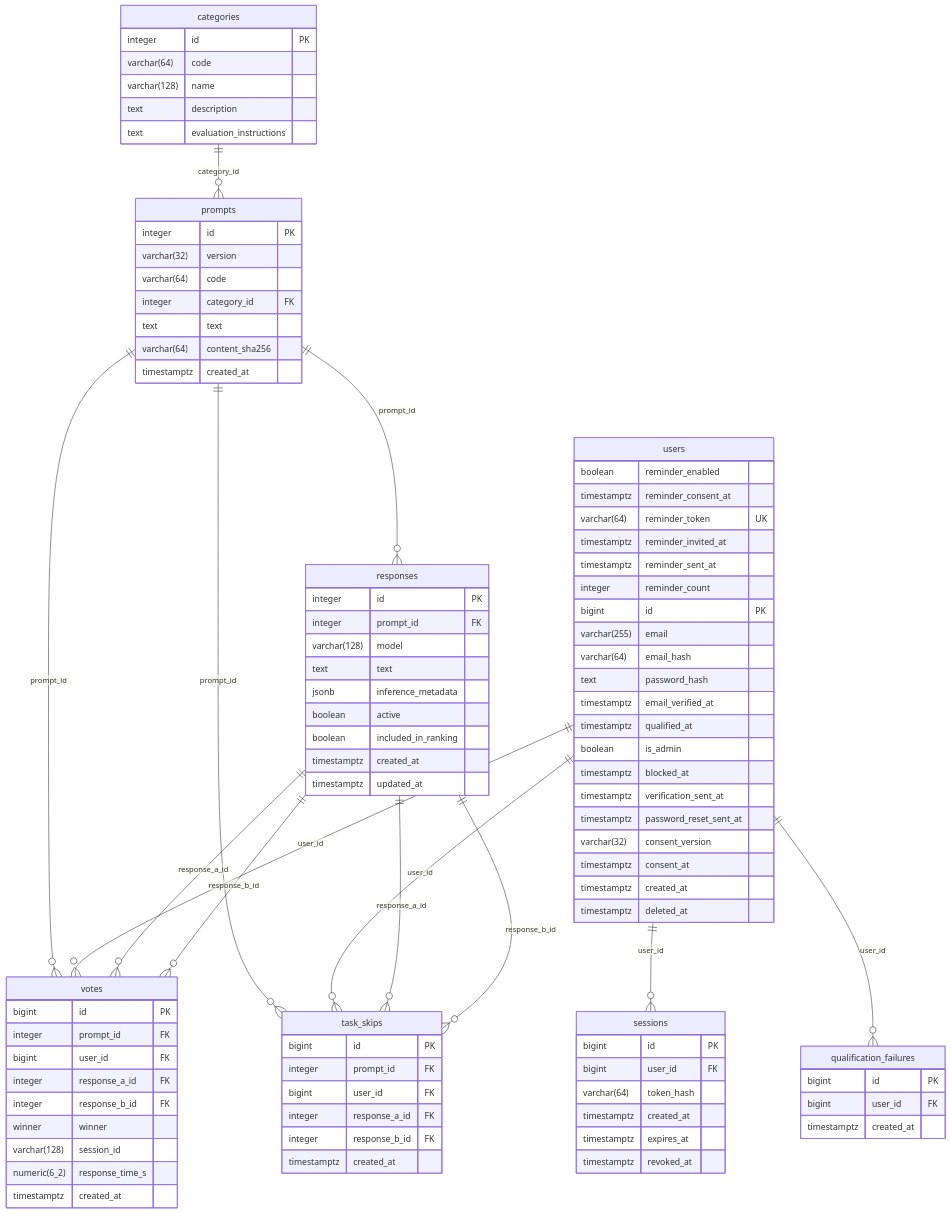
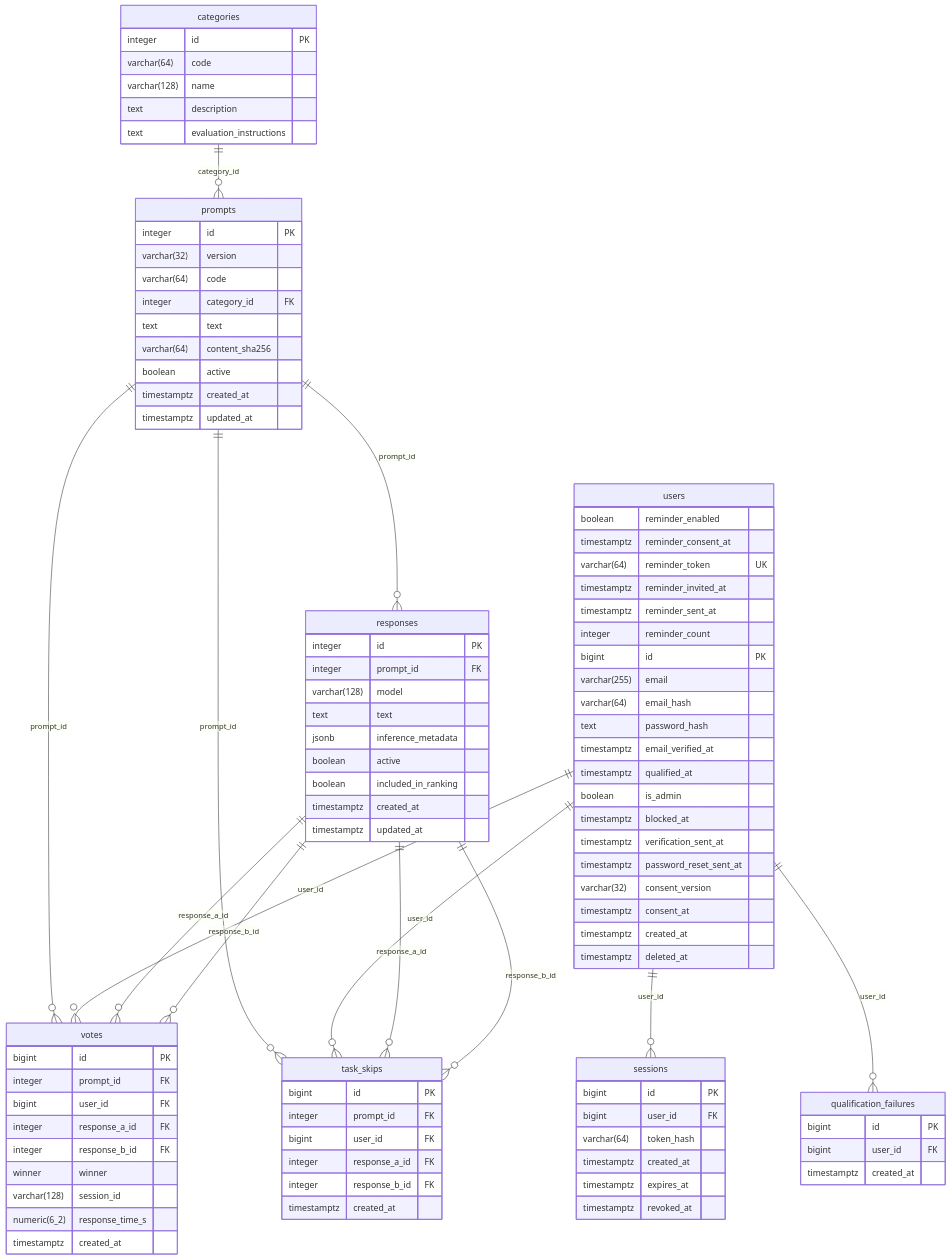
One commit to Softcatala/arena-cat changed the diagram in docs/db_schema.md. Above: the diagram before and after it, drawn with Mermaid. The commit also changed 13 other files, not shown here.

```diff
--- a/docs/db_schema.md
+++ b/docs/db_schema.md
@@ -21,7 +21,9 @@
         integer category_id FK
         text text
         varchar(64) content_sha256
+        boolean active
         timestamptz created_at
+        timestamptz updated_at
     }
 
     responses {
```
